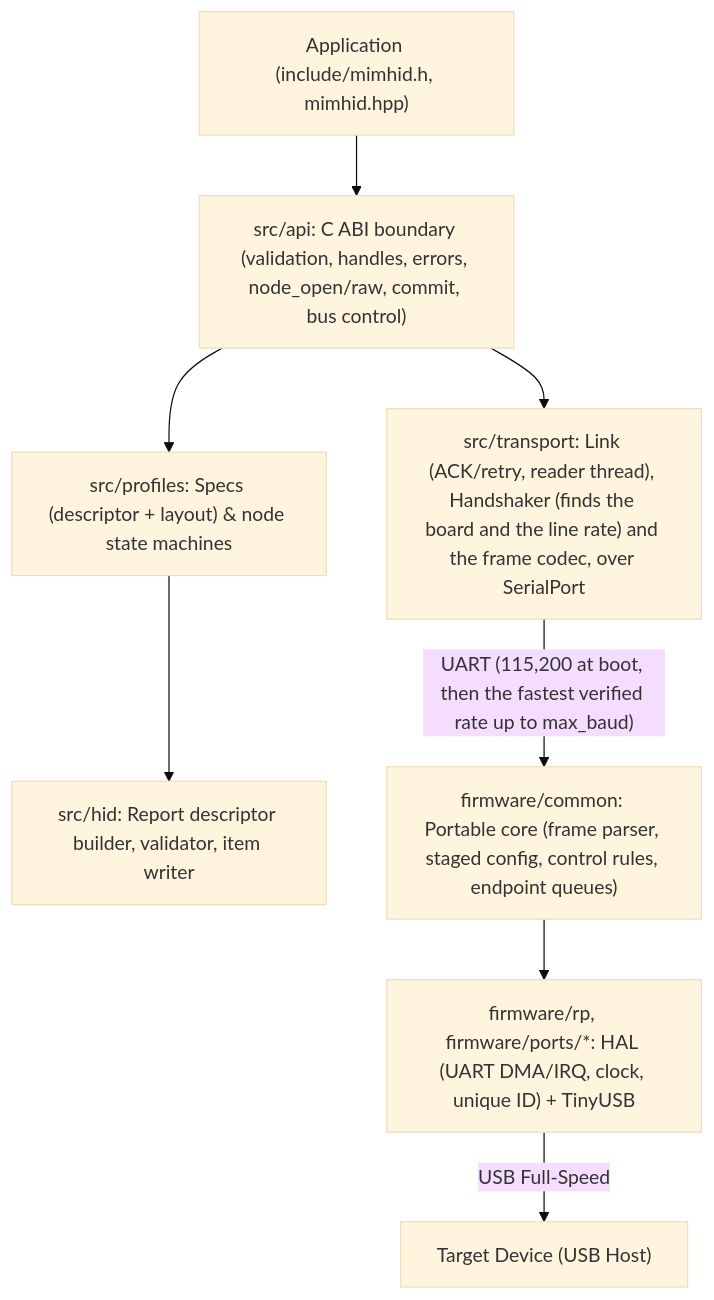
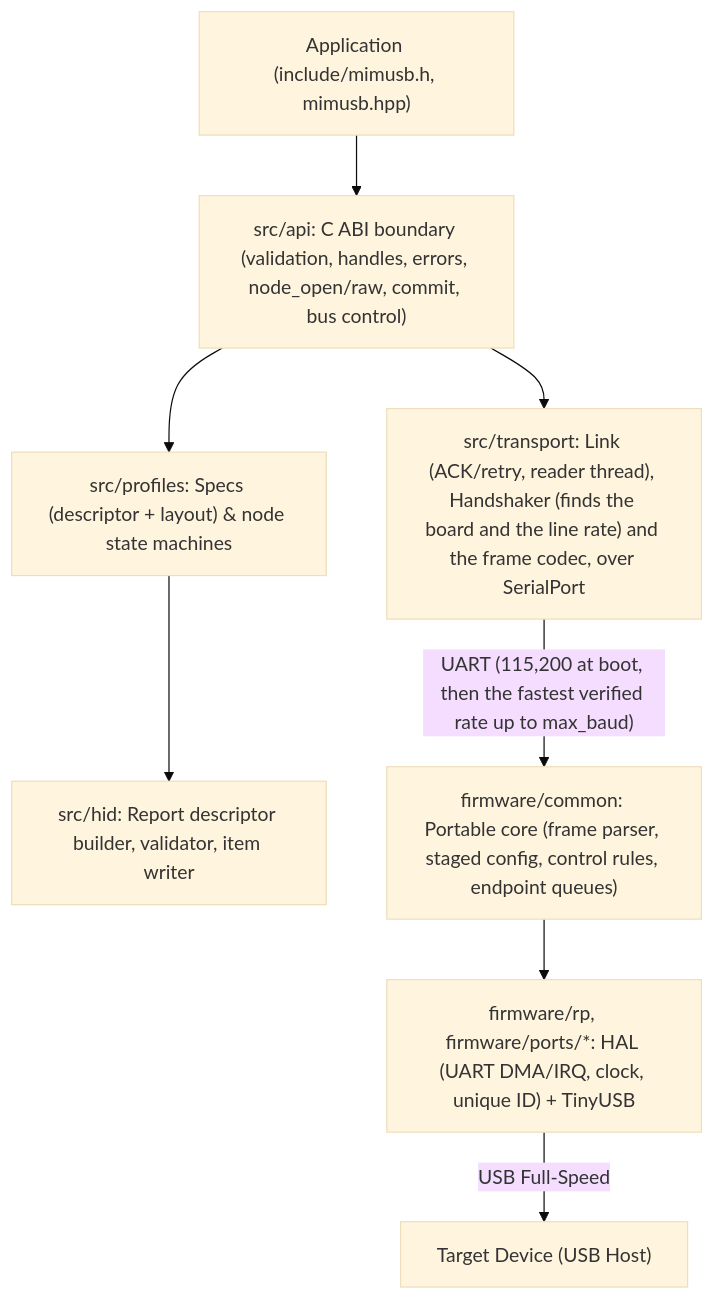
The first of 2 diagrams in docs/ARCHITECTURE.md (nemarpuc/libmimhid), drawn with Mermaid (base theme) before and after one commit. The commit also changed other lines of this file and 279 other files, not shown here.

````diff
--- a/docs/ARCHITECTURE.md
+++ b/docs/ARCHITECTURE.md
@@ -18,19 +18,19 @@
 ```mermaid
 flowchart TD
-    App["Application (include/mimhid.h, mimhid.hpp)"]
+    App["Application (include/mimusb.h, mimusb.hpp)"]
     API["src/api: C ABI boundary (validation, handles, errors, node_open/raw, commit, bus control)"]
     Prof["src/profiles: Specs (descriptor + layout) & node state machines"]
     HID["src/hid: Report descriptor builder, validator, item writer"]
     Trans["src/transport: Link (ACK/retry, reader thread), Handshaker (finds the board and the line rate) and the frame codec, over SerialPort"]
     FWCore["firmware/common: Portable core (frame parser, staged config, control rules, endpoint queues)"]
     HAL["firmware/rp, firmware/ports/*: HAL (UART DMA/IRQ, clock, unique ID) + TinyUSB"]
     Target["Target Device (USB Host)"]
 
     App --> API
     API --> Prof
     Prof --> HID
     API --> Trans
     Trans -->|"UART (115,200 at boot, then the fastest verified rate up to max_baud)"| FWCore
     FWCore --> HAL
     HAL -->|"USB Full-Speed"| Target
 ```
````
